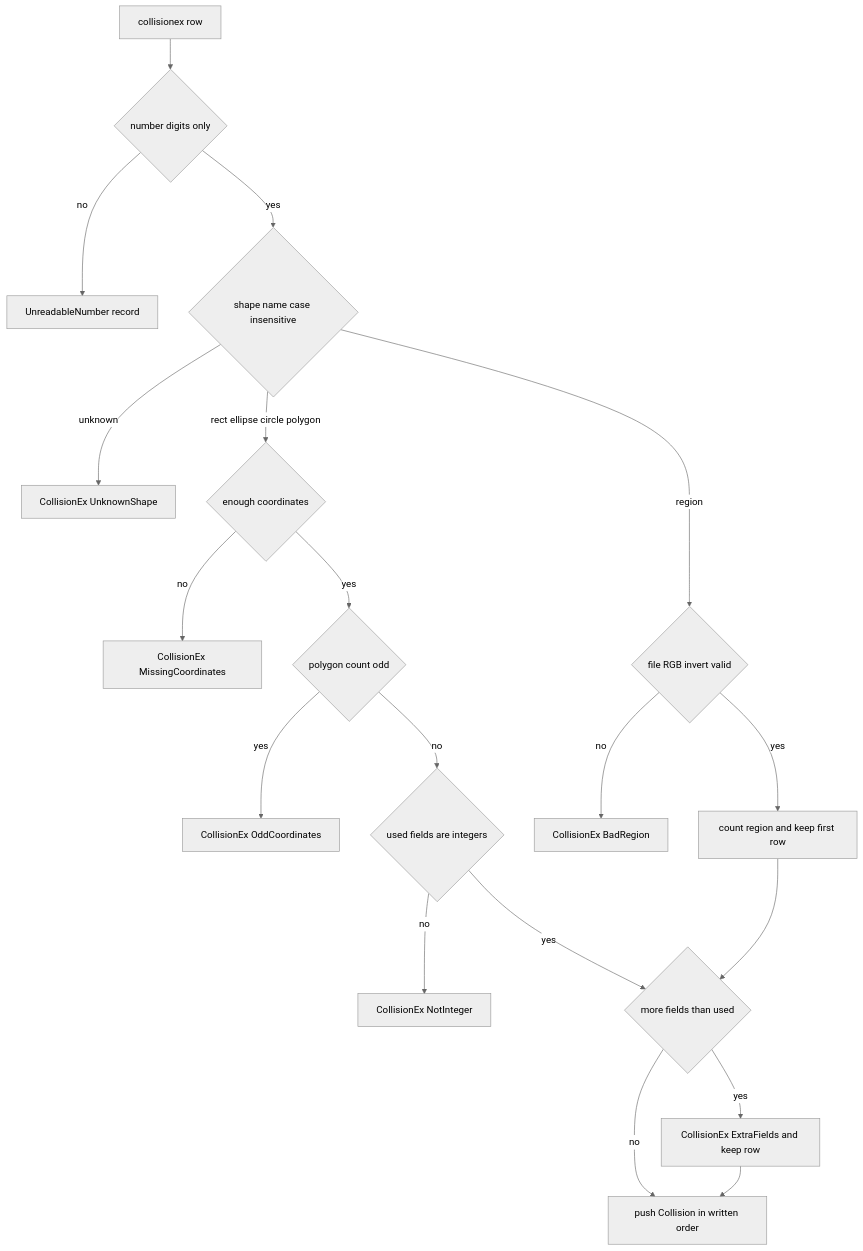
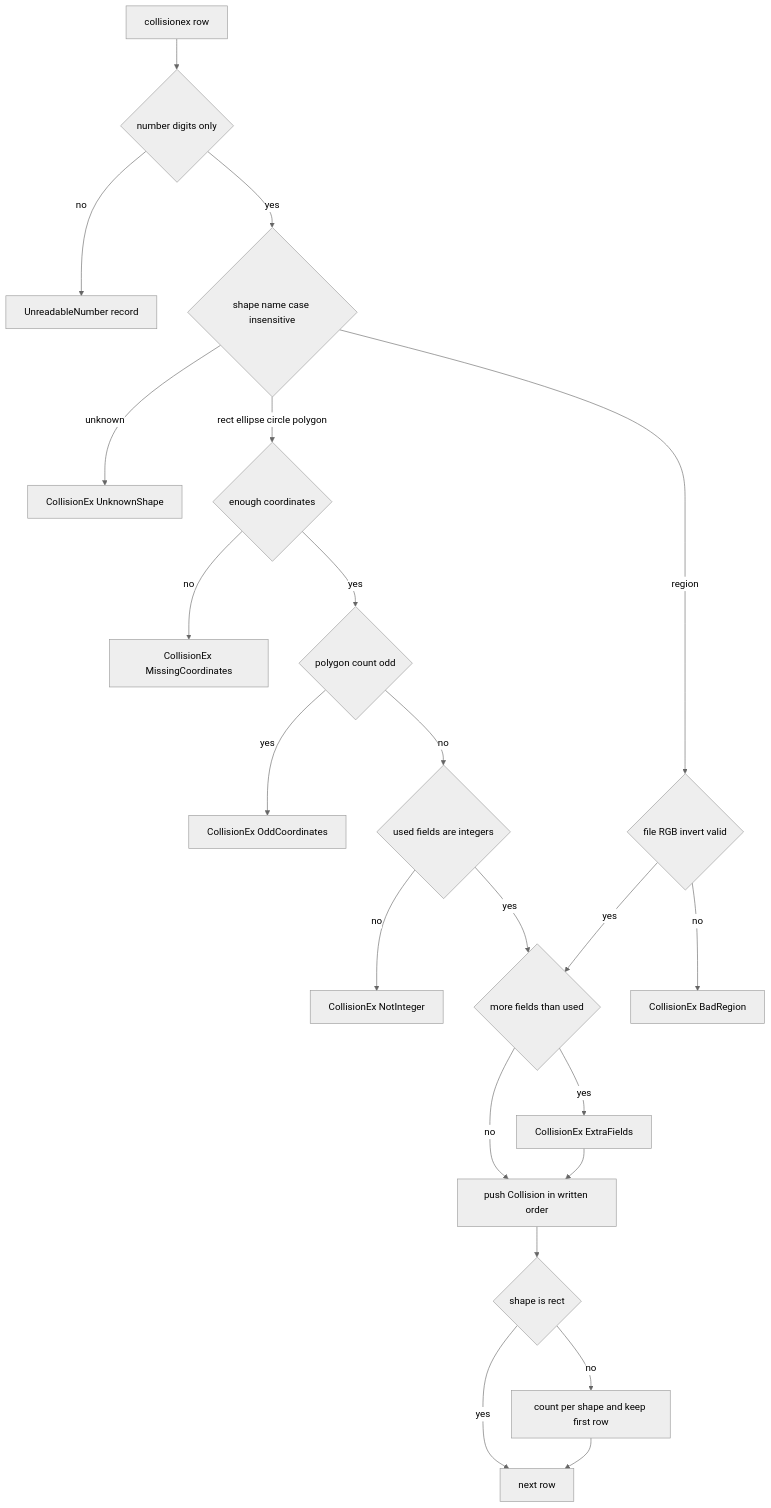
Before and after one commit to ekicyou/areka: the second of 2 diagrams in .kiro/specs/collisionex-regions/design.md, drawn with Mermaid (neutral theme). The commit also changed other lines of this file and 2 other files, not shown here.

````diff
--- a/.kiro/specs/collisionex-regions/design.md
+++ b/.kiro/specs/collisionex-regions/design.md
@@ -146,21 +144,24 @@
 ```mermaid
 flowchart TD
     Row[collisionex row] --> Key{number digits only}
     Key -- no --> Unreadable[UnreadableNumber record]
     Key -- yes --> ShapeName{shape name case insensitive}
     ShapeName -- unknown --> F1[CollisionEx UnknownShape]
     ShapeName -- rect ellipse circle polygon --> Count{enough coordinates}
     Count -- no --> F2[CollisionEx MissingCoordinates]
     Count -- yes --> Odd{polygon count odd}
     Odd -- yes --> F3[CollisionEx OddCoordinates]
     Odd -- no --> Int{used fields are integers}
     Int -- no --> F4[CollisionEx NotInteger]
     Int -- yes --> Extra{more fields than used}
     ShapeName -- region --> Reg{file RGB invert valid}
     Reg -- no --> F5[CollisionEx BadRegion]
-    Reg -- yes --> RegCount[count region and keep first row]
-    RegCount --> Extra
-    Extra -- yes --> F6[CollisionEx ExtraFields and keep row]
+    Reg -- yes --> Extra
+    Extra -- yes --> F6[CollisionEx ExtraFields]
     Extra -- no --> Keep[push Collision in written order]
     F6 --> Keep
+    Keep --> Kind{shape is rect}
+    Kind -- no --> Tally[count per shape and keep first row]
+    Kind -- yes --> Done[next row]
+    Tally --> Done
 ```
````
